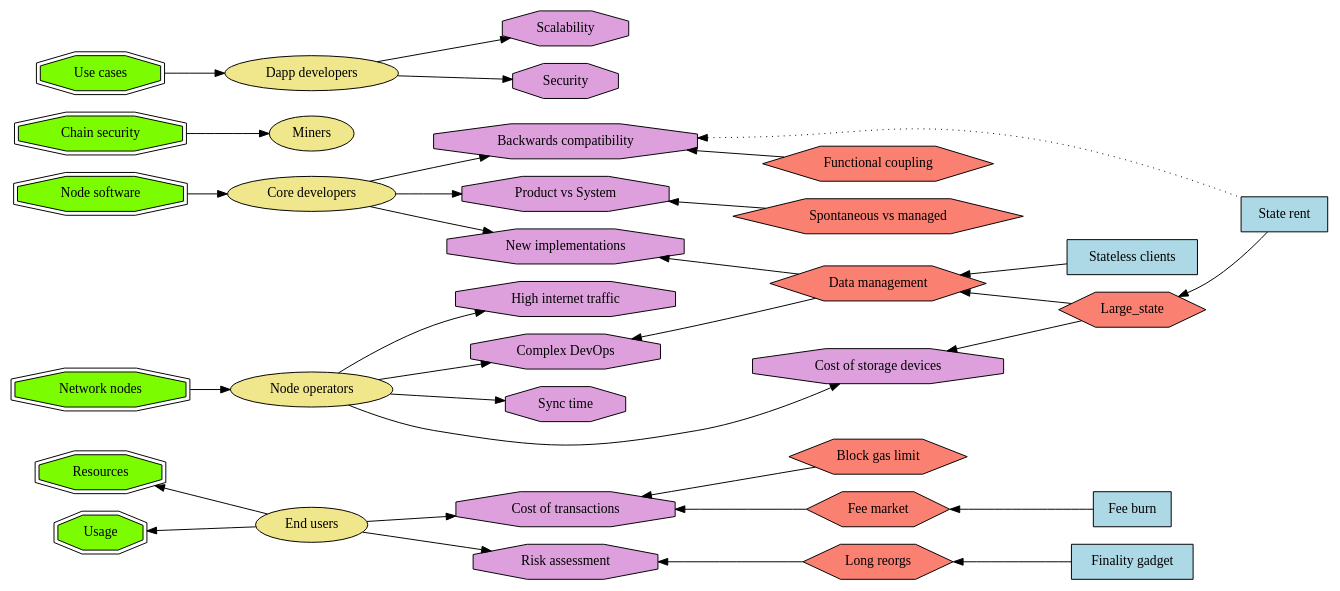
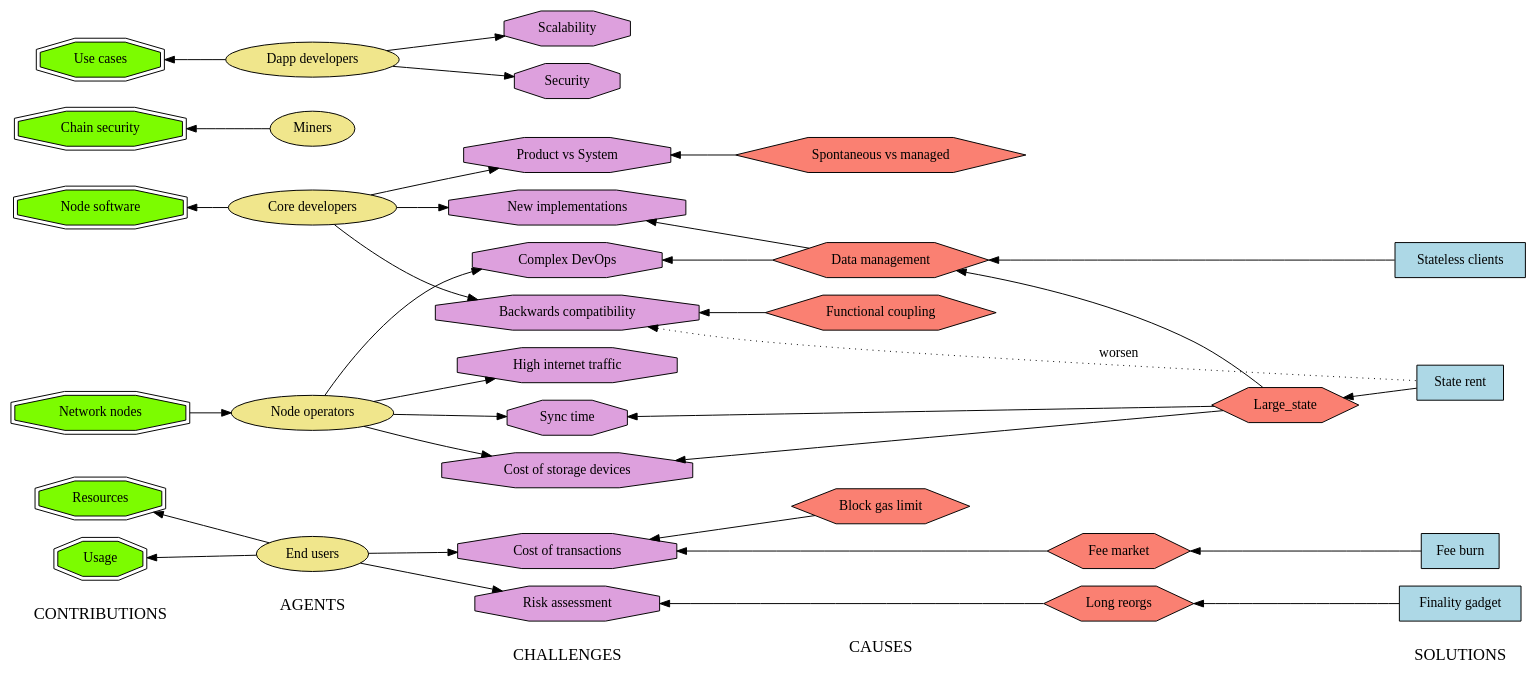
Before and after one commit to ledgerwatch/eth_state: diagram 13 of 13 in Ethereum1x_definition.md, drawn with Graphviz. The commit also changed other lines of this file, not shown here.

````diff
--- a/Ethereum1x_definition.md
+++ b/Ethereum1x_definition.md
@@ -195,13 +199,20 @@
 ```graphviz
 digraph agents {
 rankdir=LR;
+
+contributions [label="CONTRIBUTIONS" shape=box penwidth=0 fontsize=17];
+agents [label="AGENTS" shape=box penwidth=0 fontsize=17];
+challenges [label="CHALLENGES" shape=box penwidth=0 fontsize=17];
+causes [label="CAUSES" shape=box penwidth=0 fontsize=17];
+solutions [label="SOLUTIONS" shape=box penwidth=0 fontsize=17];
+
 end_users [label="End users" href="#End-users-agent" style=filled fillcolor=khaki];
 
 resources [label="Resources" shape=doubleoctagon style=filled fillcolor=lawngreen];
 usage [label="Usage" shape=doubleoctagon style=filled fillcolor=lawngreen];
 tx_cost [label="Cost of transactions" shape=octagon style=filled fillcolor=plum];
 tx_safety [label="Risk assessment" shape=octagon style=filled fillcolor=plum];
-{resources usage} -> end_users [dir="back"]
+{resources usage} -> end_users [dir=back]
 end_users -> {tx_cost tx_safety}
 
 gas_limit [label="Block gas limit" shape=hexagon style=filled fillcolor=salmon];
@@ -218,21 +229,22 @@
 reorgs -> finality_gadget [dir=back];
 
 node_ops [label="Node operators" style=filled fillcolor=khaki];
-nodes [label="Network nodes" shape=doubleoctagon style=filled fillcolor=lawngreen];
+nodes [label="Network nodes" shape=doubleoctagon style=filled fillcolor=lawngreen dir=back];
 nodes -> node_ops;
 storage_devices [label="Cost of storage devices" shape=octagon style=filled fillcolor=plum];
 traffic [label="High internet traffic" shape=octagon style=filled fillcolor=plum];
 dev_ops [label="Complex DevOps" shape=octagon style=filled fillcolor=plum];
 sync_time [label="Sync time" shape=octagon style=filled fillcolor=plum];
 node_ops -> {storage_devices traffic dev_ops sync_time}
+sync_time -> large_state [dir=back];
 
 miners [label="Miners" style=filled fillcolor=khaki];
 chain_security [label="Chain security" shape=doubleoctagon style=filled fillcolor=lawngreen];
-chain_security -> miners;
+chain_security -> miners [dir=back];
 
 dapp_devs [label="Dapp developers" style=filled fillcolor=khaki];
 use_cases [label="Use cases" shape=doubleoctagon style=filled fillcolor=lawngreen];
-use_cases -> dapp_devs;
+use_cases -> dapp_devs [dir=back];
 scalability [label="Scalability" shape=octagon style=filled fillcolor=plum];
 security [label="Security" shape=octagon style=filled fillcolor=plum];
 dapp_devs -> scalability;
@@ -240,7 +252,7 @@
 
 core_devs [label="Core developers" style=filled fillcolor=khaki];
 software [label="Node software" shape=doubleoctagon style=filled fillcolor=lawngreen];
-software -> core_devs;
+software -> core_devs [dir=back];
 new_implementations [label="New implementations" shape=octagon style=filled fillcolor=plum];
 product_vs_system [label="Product vs System" shape=octagon style=filled fillcolor=plum];
 backwards_compatibility [label="Backwards compatibility" shape=octagon style=filled fillcolor=plum]
@@ -259,9 +271,15 @@
 
 state_rent [label="State rent" shape=box style=filled fillcolor=lightblue];
 large_state -> state_rent [dir=back];
-backwards_compatibility -> state_rent [dir=back style="dotted"];
+backwards_compatibility -> state_rent [dir=back style=dotted label="worsen"];
 
 stateless [label="Stateless clients" shape=box style=filled fillcolor=lightblue];
 data_management -> stateless [dir=back];
+
+{rank=same; contributions use_cases}
+{rank=same; agents dapp_devs}
+{rank=same; challenges storage_devices tx_cost dev_ops tx_safety sync_time}
+{rank=same; causes gas_limit}
+{rank=same; solutions stateless state_rent fee_burn finality_gadget}
 }
 ```
````
